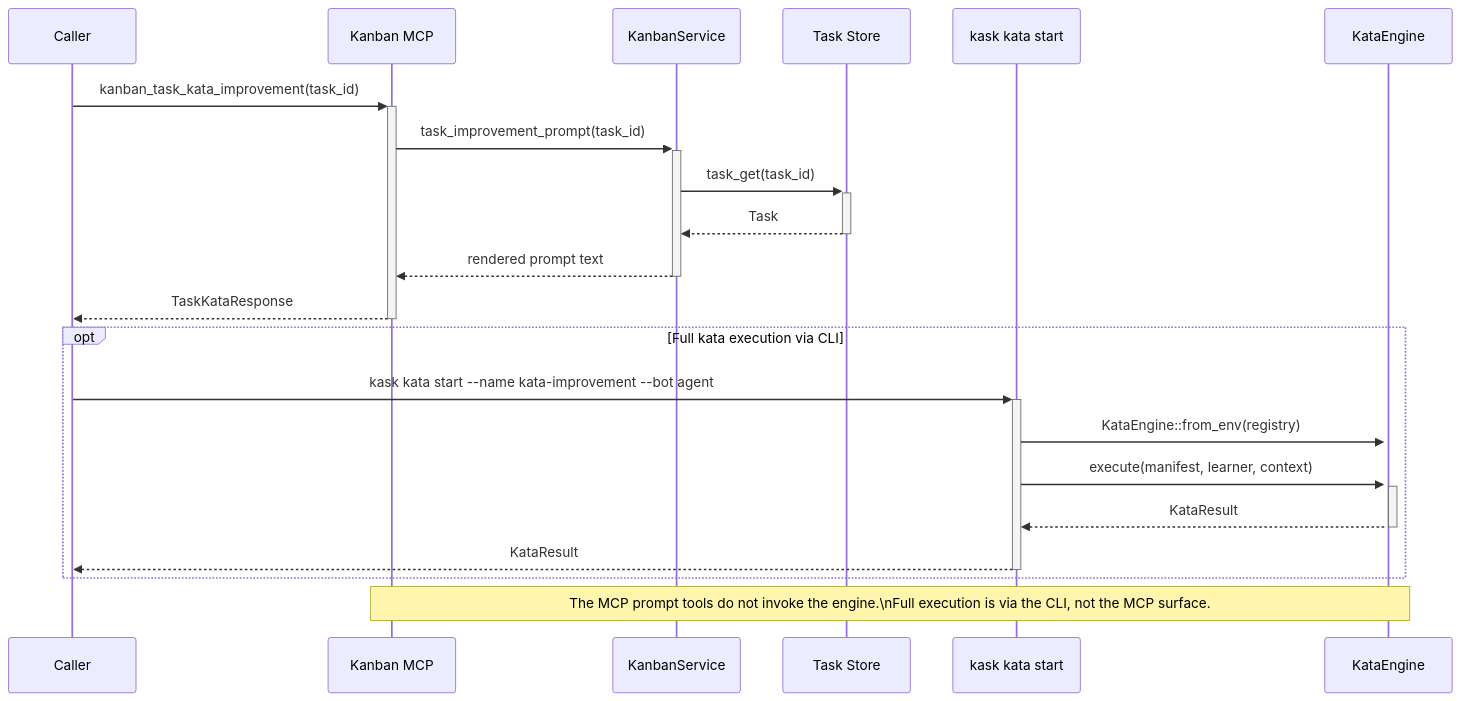
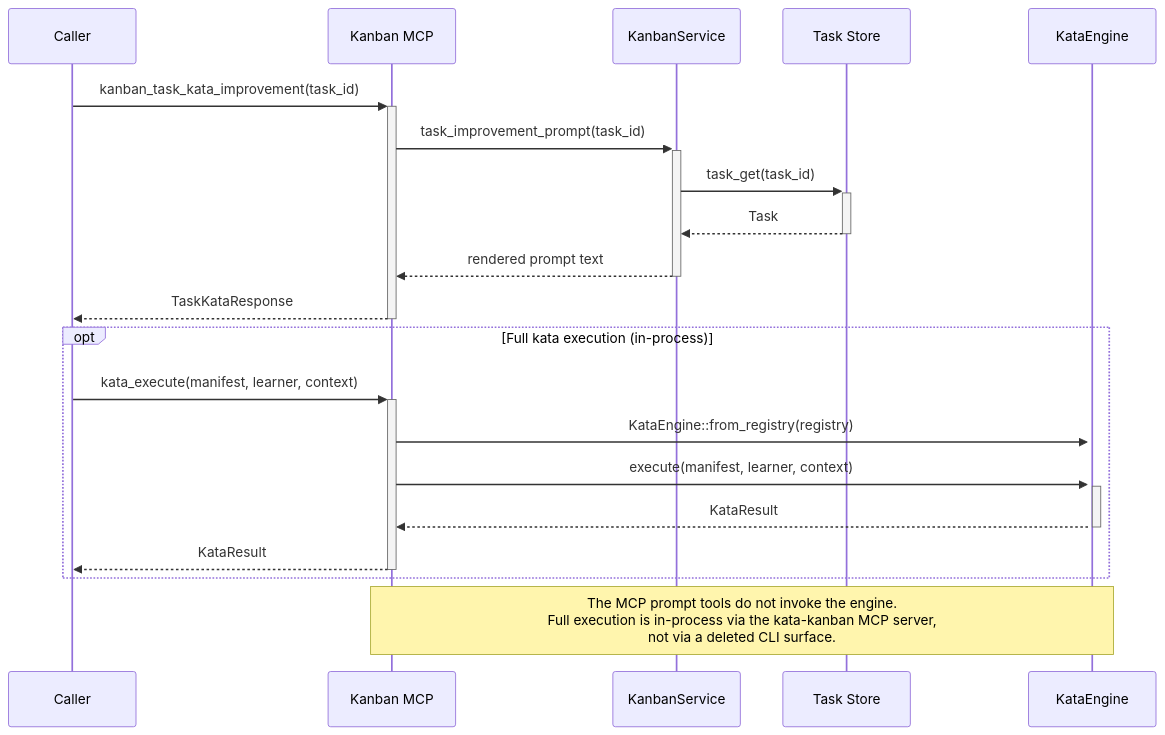
The second of 3 diagrams in kask/docs/explanation/skills-and-composition.md (mdz-axo/zed-kask), drawn with Mermaid before and after one commit. The commit also changed other lines of this file and 52 other files, not shown here.

````diff
--- a/kask/docs/explanation/skills-and-composition.md
+++ b/kask/docs/explanation/skills-and-composition.md
@@ -1049,26 +1051,25 @@
 ```mermaid
 sequenceDiagram
     participant Caller
     participant MCP as Kanban MCP
     participant Service as KanbanService
     participant Task as Task Store
-    participant CLI as kask kata start
     participant Engine as KataEngine
 
     Caller->>+MCP: kanban_task_kata_improvement(task_id)
     MCP->>+Service: task_improvement_prompt(task_id)
     Service->>+Task: task_get(task_id)
     Task-->>-Service: Task
     Service-->>-MCP: rendered prompt text
     MCP-->>-Caller: TaskKataResponse
 
-    opt Full kata execution via CLI
-        Caller->>+CLI: kask kata start --name kata-improvement --bot agent
-        CLI->>+Engine: KataEngine::from_env(registry)
-        CLI->>+Engine: execute(manifest, learner, context)
-        Engine-->>-CLI: KataResult
-        CLI-->>-Caller: KataResult
+    opt Full kata execution (in-process)
+        Caller->>+MCP: kata_execute(manifest, learner, context)
+        MCP->>+Engine: KataEngine::from_registry(registry)
+        MCP->>+Engine: execute(manifest, learner, context)
+        Engine-->>-MCP: KataResult
+        MCP-->>-Caller: KataResult
     end
 
-    Note over MCP,Engine: The MCP prompt tools do not invoke the engine.\nFull execution is via the CLI, not the MCP surface.
+    Note over MCP,Engine: The MCP prompt tools do not invoke the engine.<br/>Full execution is in-process via the kata-kanban MCP server,<br/>not via a deleted CLI surface.
 ```
````
